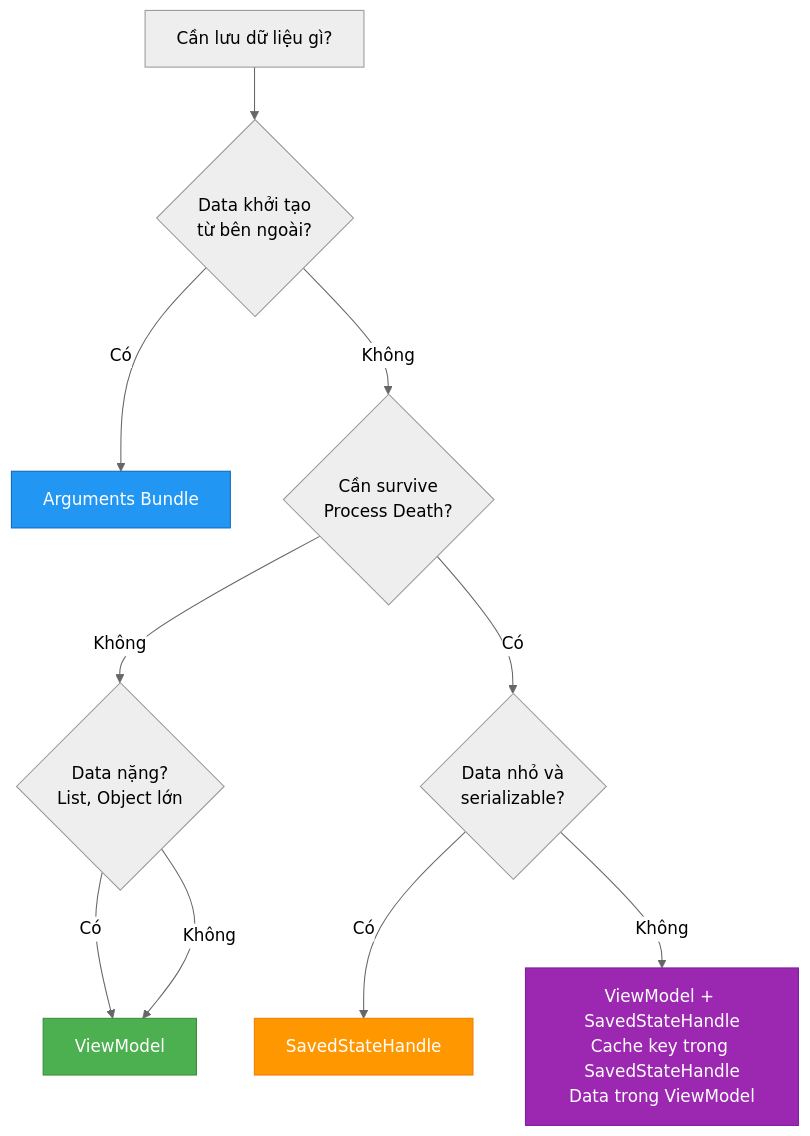
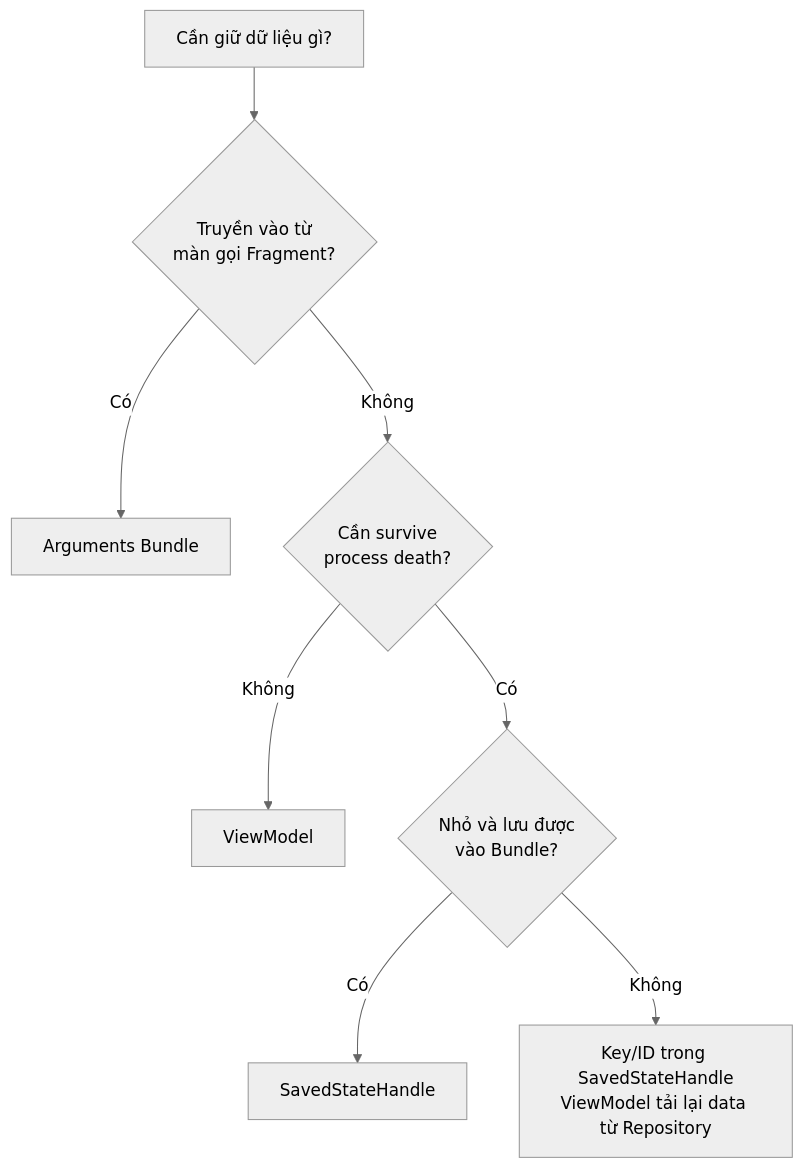
One commit to h1eu/knowledge changed the second of 4 diagrams in knowledge/android/docs/session_04/components/fragment/state_changes.md. Above: the diagram before and after it, drawn with Mermaid (neutral theme). The commit also changed other lines of this file and 6 other files, not shown here.

````diff
--- a/knowledge/android/docs/session_04/components/fragment/state_changes.md
+++ b/knowledge/android/docs/session_04/components/fragment/state_changes.md
@@ -188,19 +172,10 @@
 ```mermaid
 flowchart TD
-    A[Cần lưu dữ liệu gì?] --> B{Data khởi tạo<br/>từ bên ngoài?}
+    A[Cần giữ dữ liệu gì?] --> B{Truyền vào từ<br/>màn gọi Fragment?}
     B -->|Có| C[Arguments Bundle]
-    
-    B -->|Không| D{Cần survive<br/>Process Death?}
-    D -->|Không| E{Data nặng?<br/>List, Object lớn}
-    E -->|Có| F[ViewModel]
-    E -->|Không| F
-    
-    D -->|Có| G{Data nhỏ và<br/>serializable?}
+    B -->|Không| D{Cần survive<br/>process death?}
+    D -->|Không| F[ViewModel]
+    D -->|Có| G{Nhỏ và lưu được<br/>vào Bundle?}
     G -->|Có| H[SavedStateHandle]
-    G -->|Không| I[ViewModel + SavedStateHandle<br/>Cache key trong SavedStateHandle<br/>Data trong ViewModel]
-
-    style C fill:#2196F3,stroke:#1565C0,color:#fff
-    style F fill:#4CAF50,stroke:#388E3C,color:#fff
-    style H fill:#FF9800,stroke:#F57C00,color:#fff
-    style I fill:#9C27B0,stroke:#7B1FA2,color:#fff
+    G -->|Không| I[Key/ID trong SavedStateHandle<br/>ViewModel tải lại data từ Repository]
 ```
````
